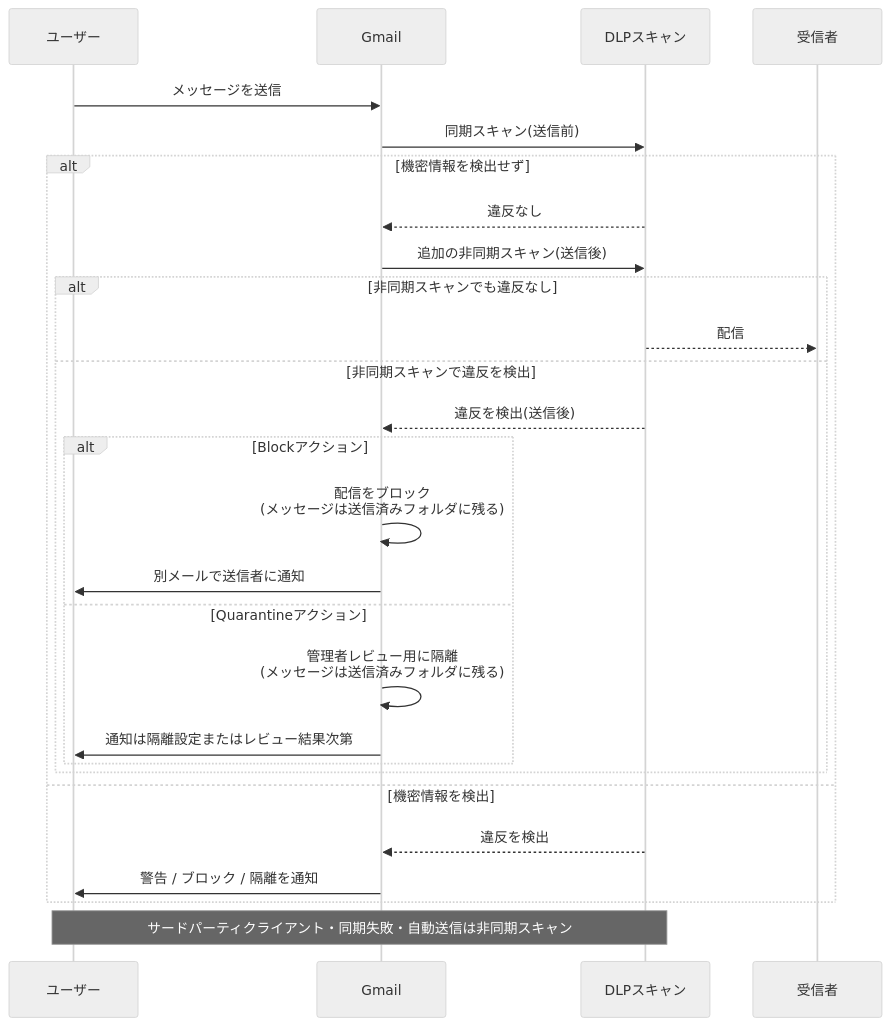
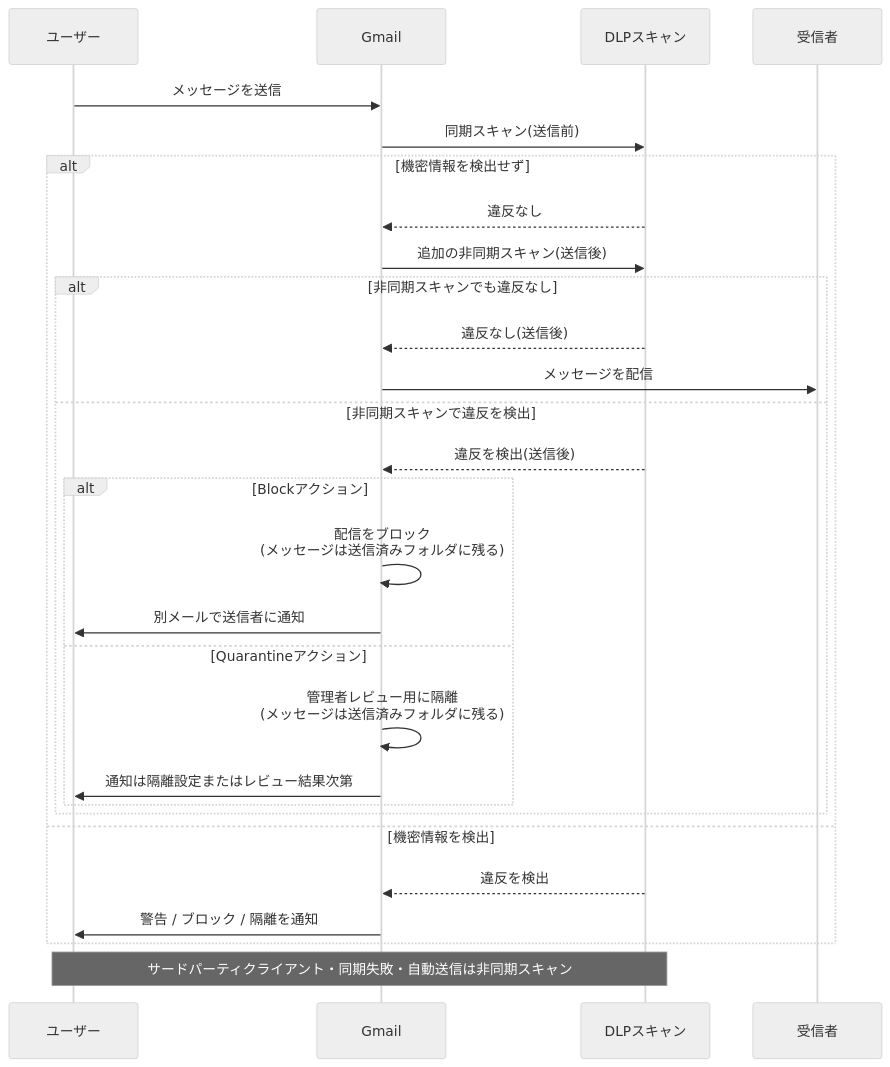
One commit to myoshi2891/Cloud-Infrastructure-Studies changed the sixth of 10 diagrams in archive/Gcl/Associate-Google-Workspace-Administrator/md/Agwa-section3-data-governance.md. Above: the diagram before and after it, drawn with Mermaid (neutral theme).

Commit message:
docs(archive): refine AGWA section 3 sequence diagram delivery flow

````diff
--- a/archive/Gcl/Associate-Google-Workspace-Administrator/md/Agwa-section3-data-governance.md
+++ b/archive/Gcl/Associate-Google-Workspace-Administrator/md/Agwa-section3-data-governance.md
@@ -326,29 +326,30 @@
 ```mermaid
 sequenceDiagram
     participant U as ユーザー
     participant G as Gmail
     participant D as DLPスキャン
     participant R as 受信者
     U->>G: メッセージを送信
     G->>D: 同期スキャン(送信前)
     alt 機密情報を検出せず
         D-->>G: 違反なし
         G->>D: 追加の非同期スキャン(送信後)
         alt 非同期スキャンでも違反なし
-            D-->>R: 配信
+            D-->>G: 違反なし(送信後)
+            G->>R: メッセージを配信
         else 非同期スキャンで違反を検出
             D-->>G: 違反を検出(送信後)
             alt Blockアクション
                 G->>G: 配信をブロック<br/>(メッセージは送信済みフォルダに残る)
                 G->>U: 別メールで送信者に通知
             else Quarantineアクション
                 G->>G: 管理者レビュー用に隔離<br/>(メッセージは送信済みフォルダに残る)
                 G->>U: 通知は隔離設定またはレビュー結果次第
             end
         end
     else 機密情報を検出
         D-->>G: 違反を検出
         G->>U: 警告 / ブロック / 隔離を通知
     end
     Note over U,D: サードパーティクライアント・同期失敗・自動送信は非同期スキャン
 ```
````
